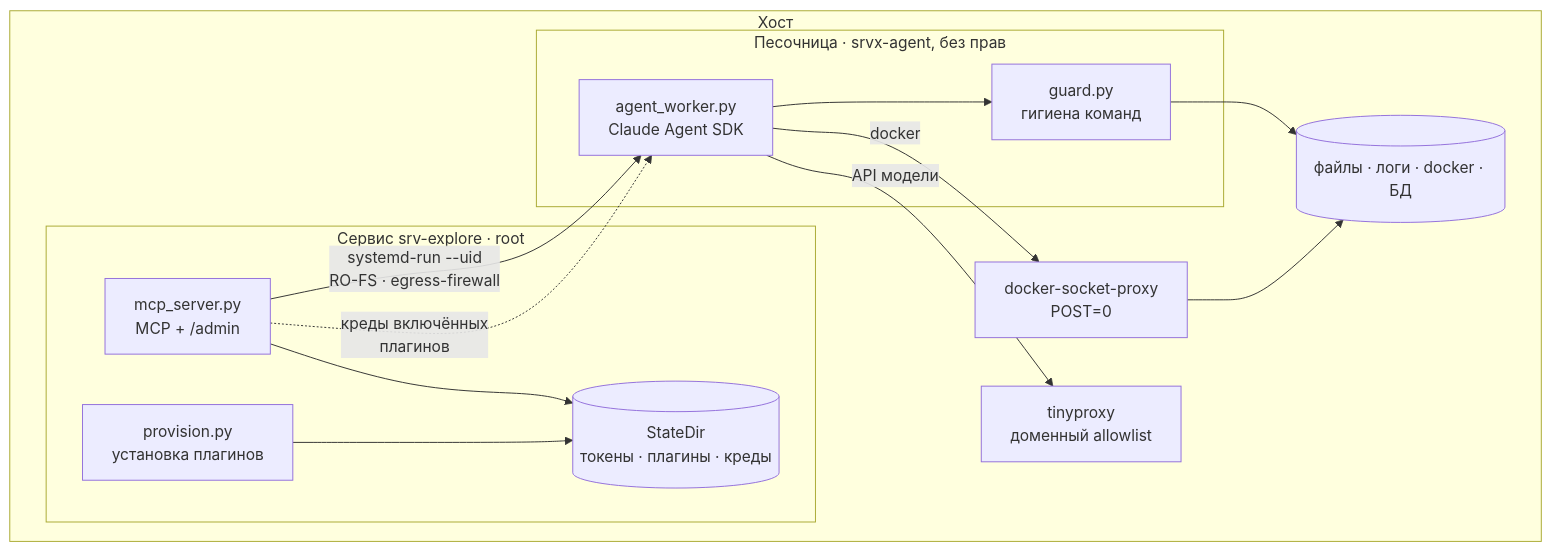
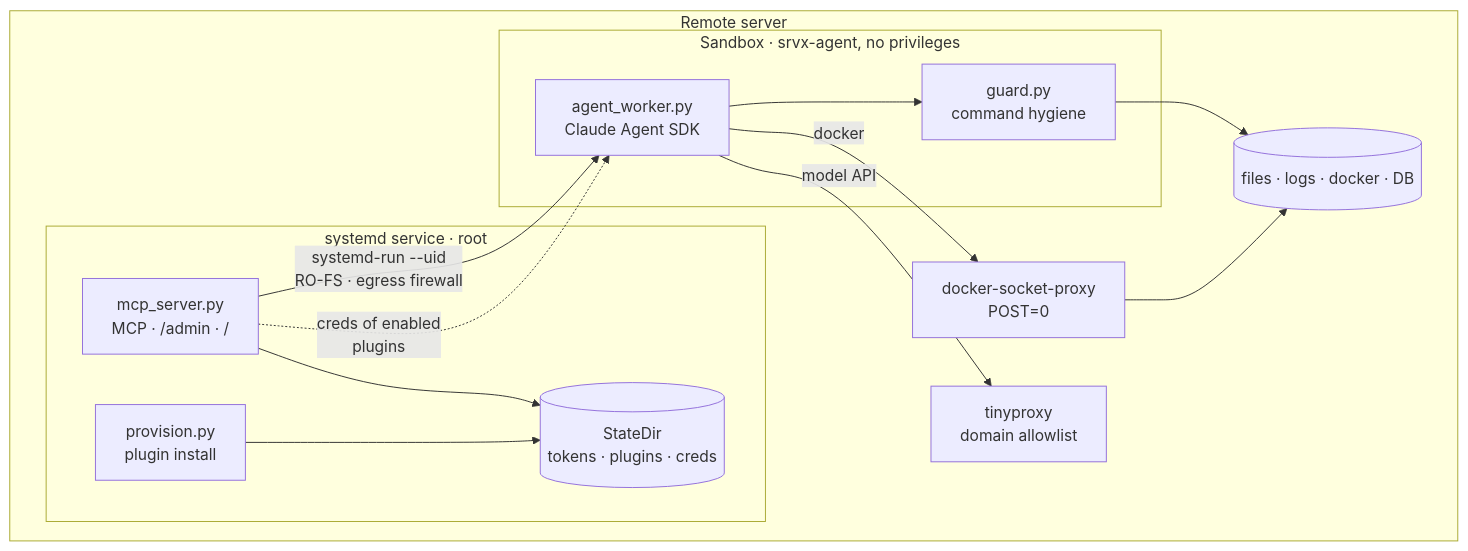
The second of 4 diagrams in srv_explore/README.md (redmadrobot-rnd/very-ai-framework), drawn with Mermaid before and after one commit. The commit also changed other lines of this file and 1 other file, not shown here.

First line of the commit message:
docs(srv-explore): схемы по-английски, с туннелем у обеих ролей и деплоем

````diff
--- a/srv_explore/README.md
+++ b/srv_explore/README.md
@@ -161,24 +166,24 @@
 ```mermaid
 flowchart TB
-  subgraph host["Хост"]
-    subgraph svc["Сервис srv-explore · root"]
-      MCP["mcp_server.py<br/>MCP + /admin"]
-      PROV["provision.py<br/>установка плагинов"]
-      ST[("StateDir<br/>токены · плагины · креды")]
+  subgraph server["Remote server"]
+    subgraph svc["systemd service · root"]
+      MCP["mcp_server.py<br/>MCP · /admin · /"]
+      PROV["provision.py<br/>plugin install"]
+      ST[("StateDir<br/>tokens · plugins · creds")]
     end
-    subgraph box["Песочница · srvx-agent, без прав"]
+    subgraph box["Sandbox · srvx-agent, no privileges"]
       W["agent_worker.py<br/>Claude Agent SDK"]
-      G["guard.py<br/>гигиена команд"]
+      G["guard.py<br/>command hygiene"]
     end
     PX["docker-socket-proxy<br/>POST=0"]
-    TP["tinyproxy<br/>доменный allowlist"]
-    RES[("файлы · логи · docker · БД")]
+    TP["tinyproxy<br/>domain allowlist"]
+    RES[("files · logs · docker · DB")]
   end
-  MCP -->|"systemd-run --uid<br/>RO-FS · egress-firewall"| W
-  MCP -.->|"креды включённых<br/>плагинов"| W
+  MCP -->|"systemd-run --uid<br/>RO-FS · egress firewall"| W
+  MCP -.->|"creds of enabled<br/>plugins"| W
   W --> G --> RES
   W -->|docker| PX --> RES
-  W -->|"API модели"| TP
+  W -->|"model API"| TP
   PROV --> ST
   MCP --> ST
 ```
````
